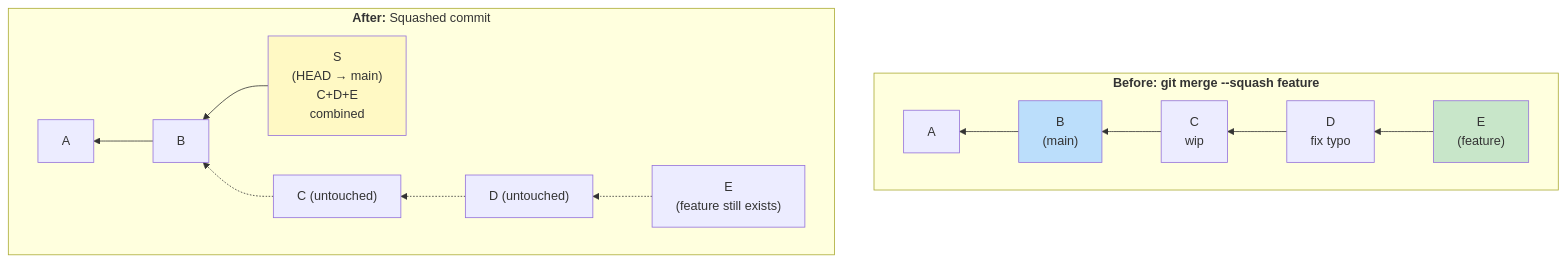
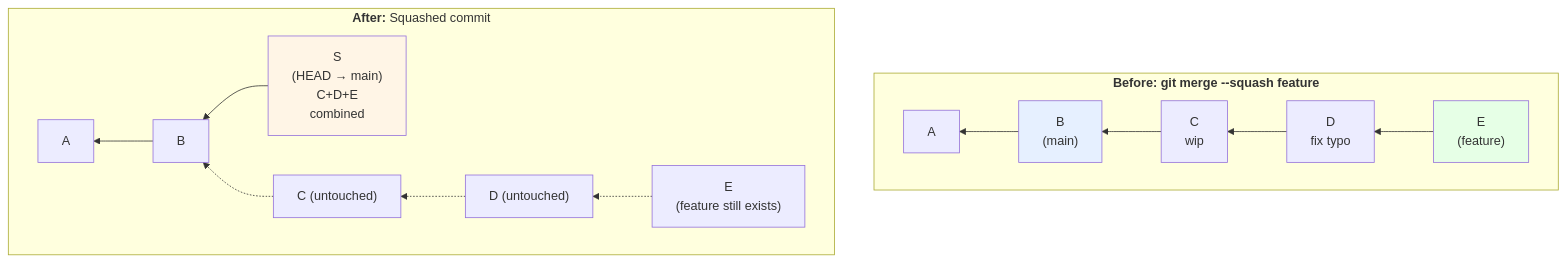
Before and after one commit to mohammedsaif001/full-stack-engineering-notes: the seventh of 8 diagrams in 02-github/Github.md, drawn with Mermaid. The commit also changed other lines of this file and 1 other file, not shown here.

````diff
--- a/02-github/Github.md
+++ b/02-github/Github.md
@@ -613,36 +619,37 @@
 ```mermaid
+%%{init: {'theme': 'default', 'themeVariables': { 'primaryColor': '#fff5e6', 'primaryTextColor': '#000', 'primaryBorderColor': '#0066cc'}} }%%
 graph TB
     subgraph Before["<b>Before: git merge --squash feature</b>"]
         direction RL
         A["A"]
         B["B<br/>(main)"]
         C["C<br/>wip"]
         D["D<br/>fix typo"]
         E["E<br/>(feature)"]
         
         B --> A
         E --> D
         D --> C
         C --> B
     end
     
     subgraph After["<b>After:</b> Squashed commit"]
         direction RL
         A2["A"]
         B2["B"]
         S["S<br/>(HEAD → main)<br/>C+D+E<br/>combined"]
         C2["C (untouched)"]
         D2["D (untouched)"]
         E2["E<br/>(feature still exists)"]
         
         S --> B2
         B2 --> A2
         E2 -.-> D2
         D2 -.-> C2
         C2 -.-> B2
     end
     
-    style B fill:#bbdefb
-    style E fill:#c8e6c9
-    style S fill:#fff9c4
+    style B fill:#e6f0ff
+    style E fill:#e6ffe6
+    style S fill:#fff5e6
 ```
````
